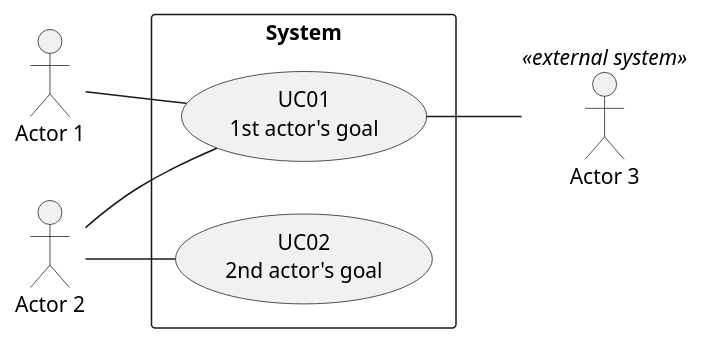
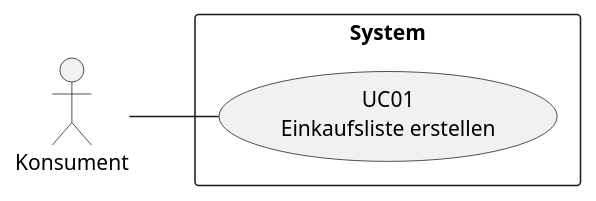
Before and after one commit to PhilipStolz/BDD_Einkaufsliste: the diagram in System/documentation/use_case_map.iuml, drawn with PlantUML. The commit also changed 7 other files, not shown here.

```diff
--- a/System/documentation/use_case_map.iuml
+++ b/System/documentation/use_case_map.iuml
@@ -1,17 +1,11 @@
 @startuml
 left to right direction
 
-:Actor 1: as act01
-:Actor 2: as act02
-:Actor 3: as act03 <<external system>>
+:Konsument: as act01
 
 rectangle "System" {
-    "UC01\n1st actor's goal" as (uc01)
-    "UC02\n2nd actor's goal" as (uc02)
+    "UC01\nEinkaufsliste erstellen" as (uc01)
 }
 
 act01 -- (uc01)
-act02 -- (uc01)
-act02 -- (uc02)
-(uc01) -- act03 
 @enduml
```
